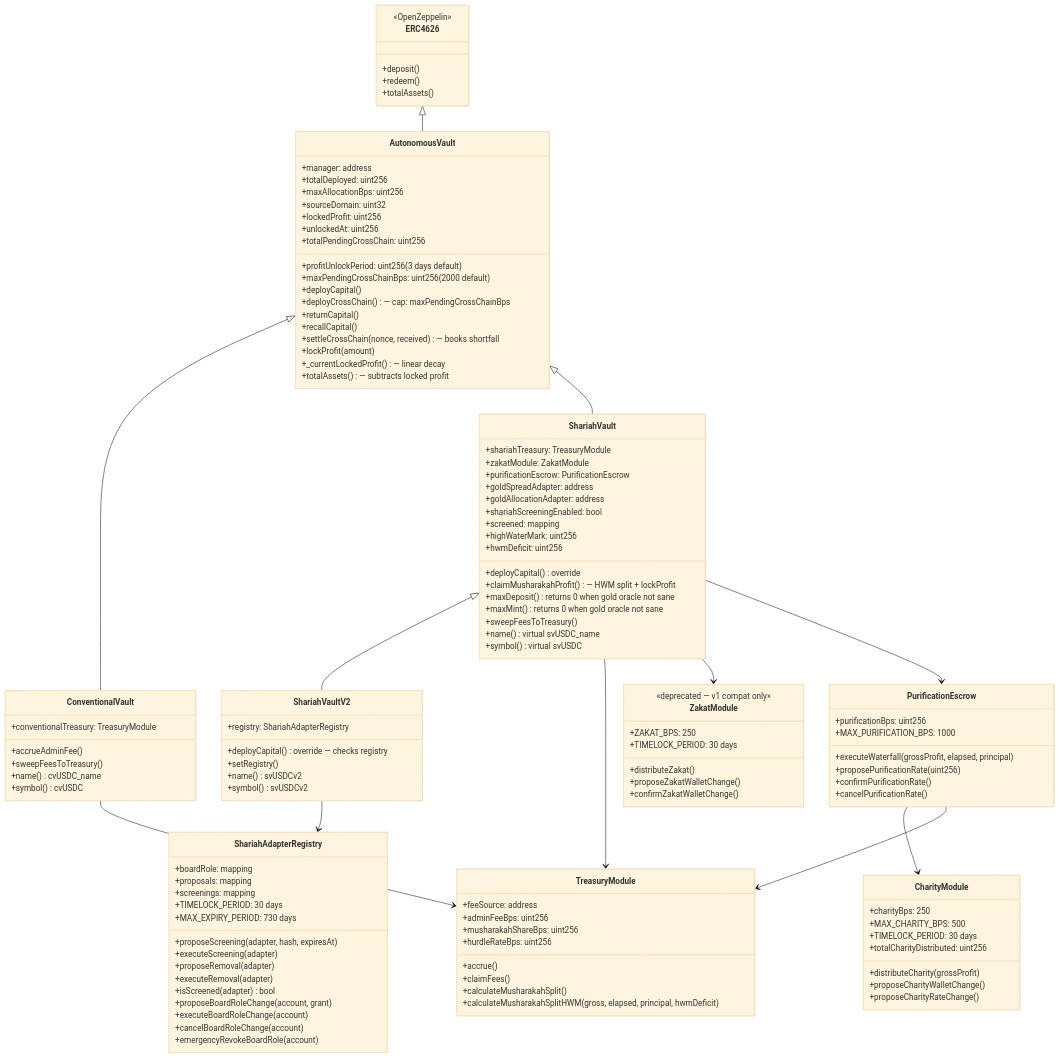
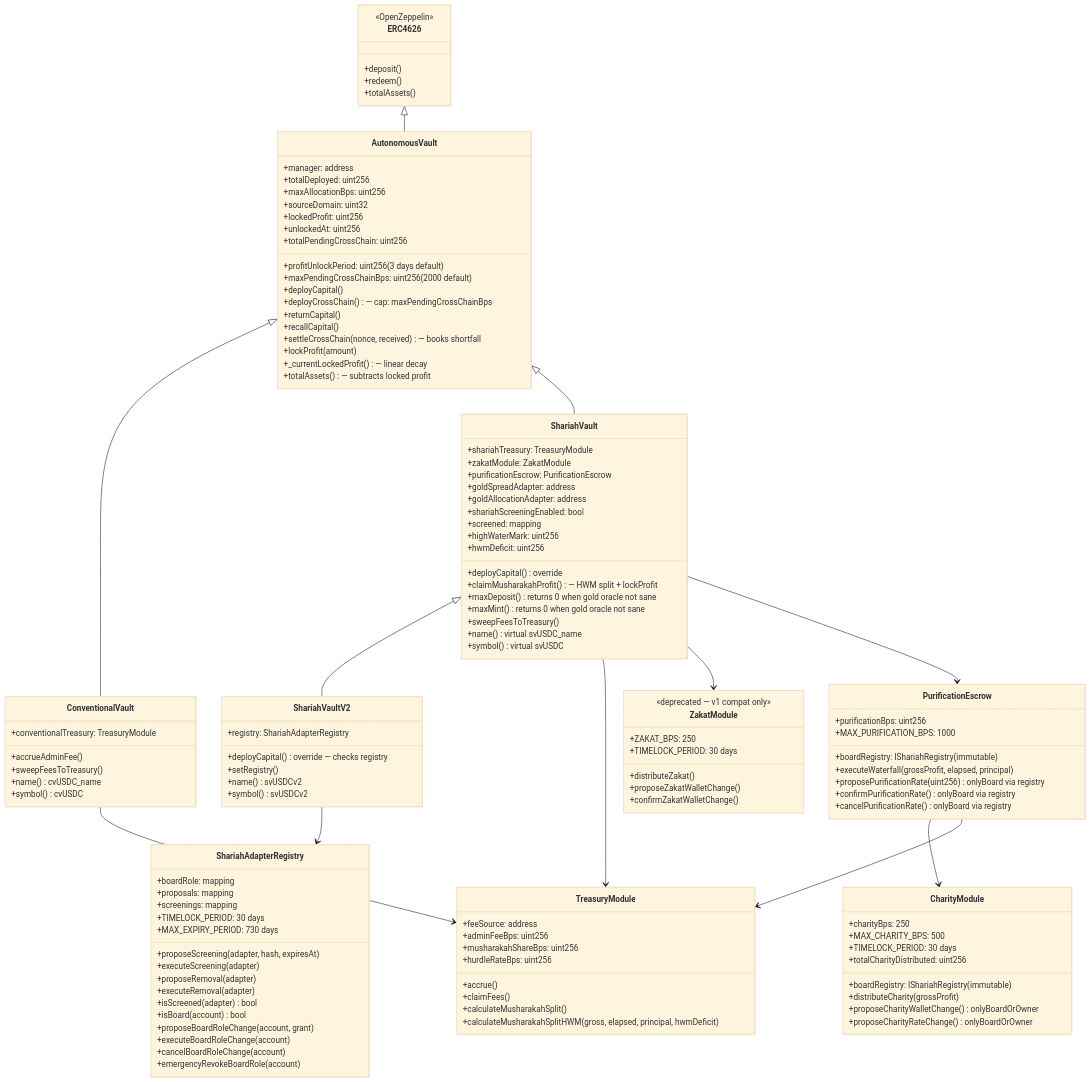
Before and after one commit to 0xhaz/DefiVault-Finance: the second of 10 diagrams in README.md, drawn with Mermaid (base theme). The commit also changed other lines of this file and 87 other files, not shown here.

```diff
--- a/README.md
+++ b/README.md
@@ -213,6 +213,7 @@
         +proposeRemoval(adapter)
         +executeRemoval(adapter)
         +isScreened(adapter) bool
+        +isBoard(account) bool
         +proposeBoardRoleChange(account, grant)
         +executeBoardRoleChange(account)
         +cancelBoardRoleChange(account)
@@ -240,22 +241,24 @@
     }
 
     class CharityModule {
+        +boardRegistry: IShariahRegistry (immutable)
         +charityBps: 250
         +MAX_CHARITY_BPS: 500
         +TIMELOCK_PERIOD: 30 days
         +distributeCharity(grossProfit)
-        +proposeCharityWalletChange()
-        +proposeCharityRateChange()
+        +proposeCharityWalletChange() onlyBoardOrOwner
+        +proposeCharityRateChange() onlyBoardOrOwner
         +totalCharityDistributed: uint256
     }
 
     class PurificationEscrow {
+        +boardRegistry: IShariahRegistry (immutable)
         +purificationBps: uint256
         +MAX_PURIFICATION_BPS: 1000
         +executeWaterfall(grossProfit, elapsed, principal)
-        +proposePurificationRate(uint256)
-        +confirmPurificationRate()
-        +cancelPurificationRate()
+        +proposePurificationRate(uint256) onlyBoard via registry
+        +confirmPurificationRate() onlyBoard via registry
+        +cancelPurificationRate() onlyBoard via registry
     }
 
     ERC4626 <|-- AutonomousVault
```
